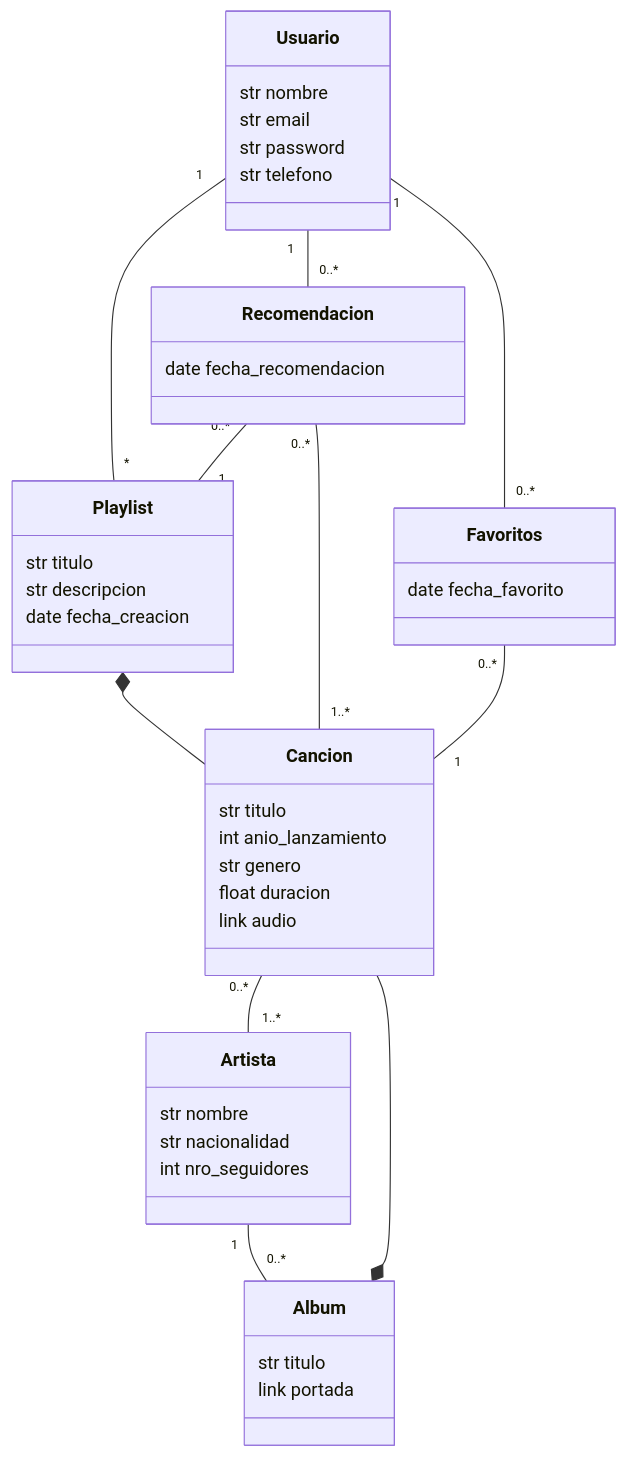
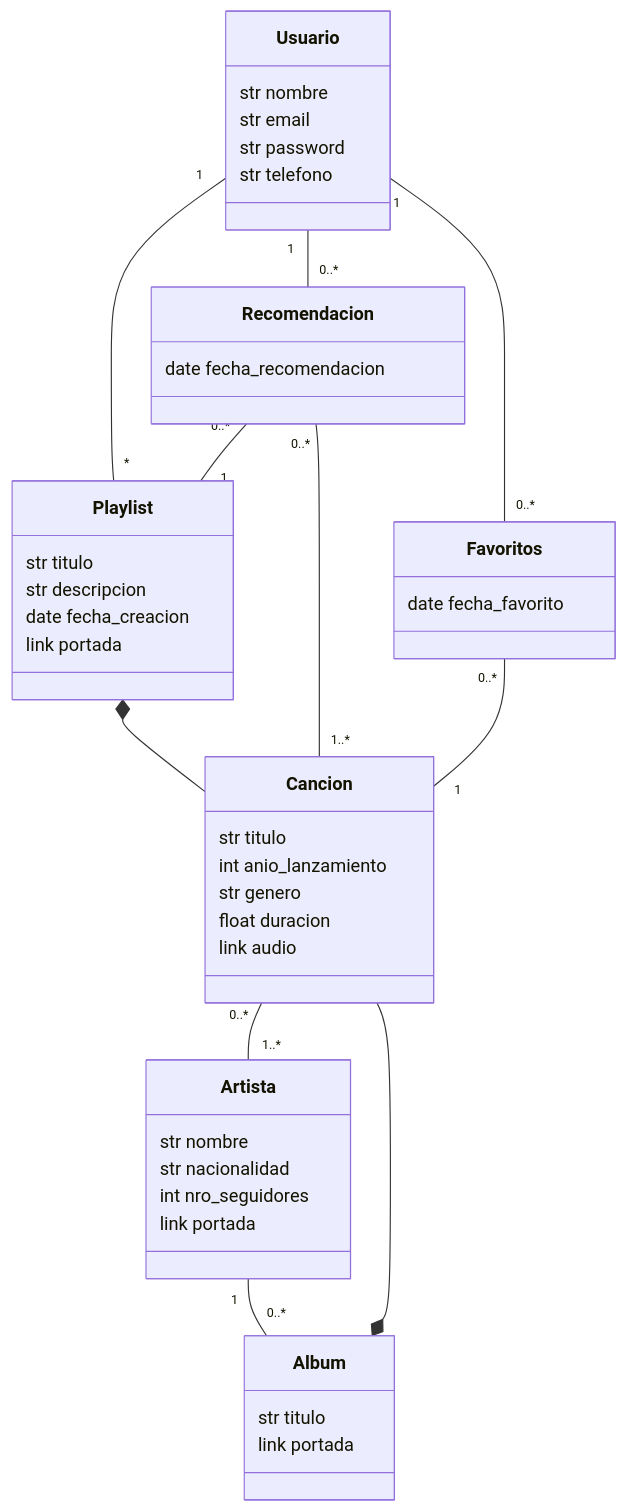
One commit to flechaVivas/G2307 changed the diagram in TPI/PROYECTO.md. Above: the diagram before and after it, drawn with Mermaid.

````diff
--- a/TPI/PROYECTO.md
+++ b/TPI/PROYECTO.md
@@ -16,32 +16,34 @@
 ```mermaid
 classDiagram
 Usuario "1" -- "*" Playlist: 
 Playlist *-- Cancion
 Cancion "0..*" -- "1..*" Artista
 Artista "1" --  "0..*" Album
 Album *-- Cancion 
 Usuario "1" -- "0..*" Recomendacion
 Recomendacion "0..*" -- "1..*" Cancion 
 Recomendacion "0..*" -- "1" Playlist 
 Usuario "1" -- "0..*" Favoritos
 Favoritos "0..*" -- "1" Cancion
 Usuario : str nombre
 Usuario : str email
 Usuario : str password
 Usuario : str telefono
 Playlist: str titulo
 Playlist: str descripcion
 Playlist: date fecha_creacion
+Playlist: link portada
 Cancion: str titulo
 Cancion: int anio_lanzamiento
 Cancion: str genero
 Cancion: float duracion
 Cancion: link audio
 Artista: str nombre
 Artista: str nacionalidad
 Artista: int nro_seguidores
+Artista: link portada
 Album: str titulo
 Album: link portada
 Recomendacion: date fecha_recomendacion
 Favoritos: date fecha_favorito
 ```  
````
